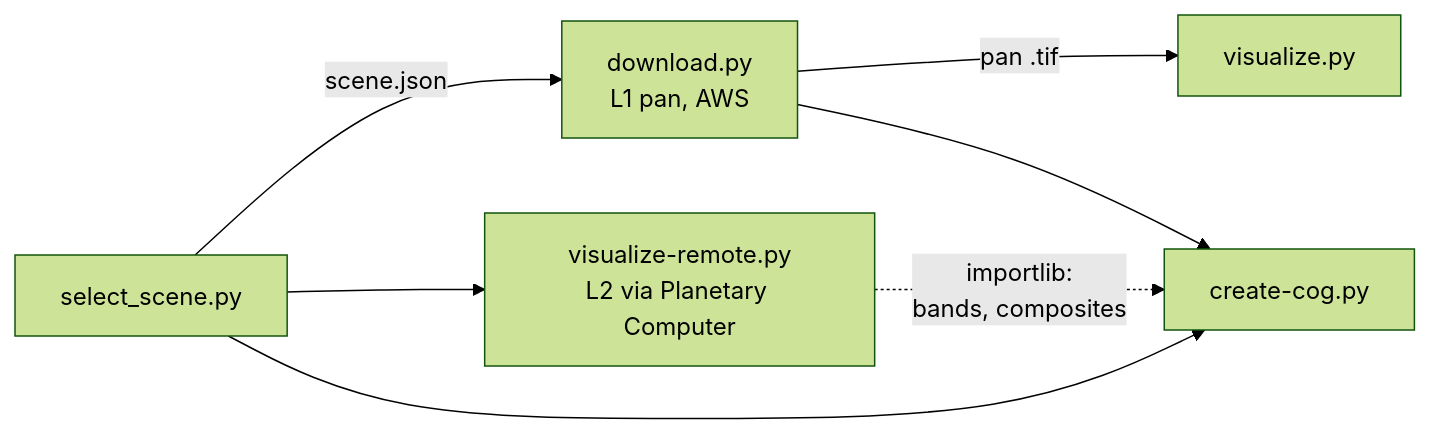
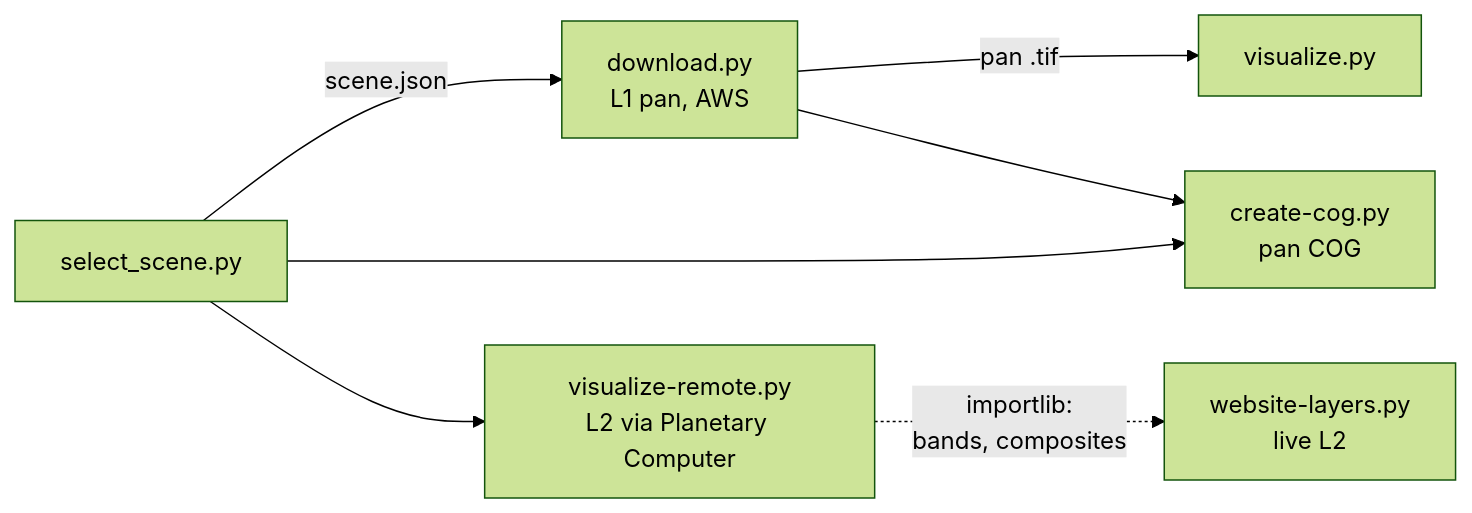
The diagram in docs/pipeline/datasets/optical.md (YCGS-lab/multi-resolution-new-haven), drawn with Mermaid (forest theme) before and after one commit. The commit also changed 11 other files, not shown here.

````diff
--- a/docs/pipeline/datasets/optical.md
+++ b/docs/pipeline/datasets/optical.md
@@ -102,9 +102,9 @@
 ```mermaid
 flowchart LR
   SS["select_scene.py"] -->|"scene.json"| D["download.py<br/>L1 pan, AWS"]
   SS --> VR["visualize-remote.py<br/>L2 via Planetary Computer"]
-  SS --> CC["create-cog.py"]
+  SS --> CC["create-cog.py<br/>pan COG"]
   D -->|"pan .tif"| V["visualize.py"]
   D --> CC
-  VR -. "importlib:<br/>bands, composites" .-> CC
+  VR -. "importlib:<br/>bands, composites" .-> WL["website-layers.py<br/>live L2"]
 ```
````
